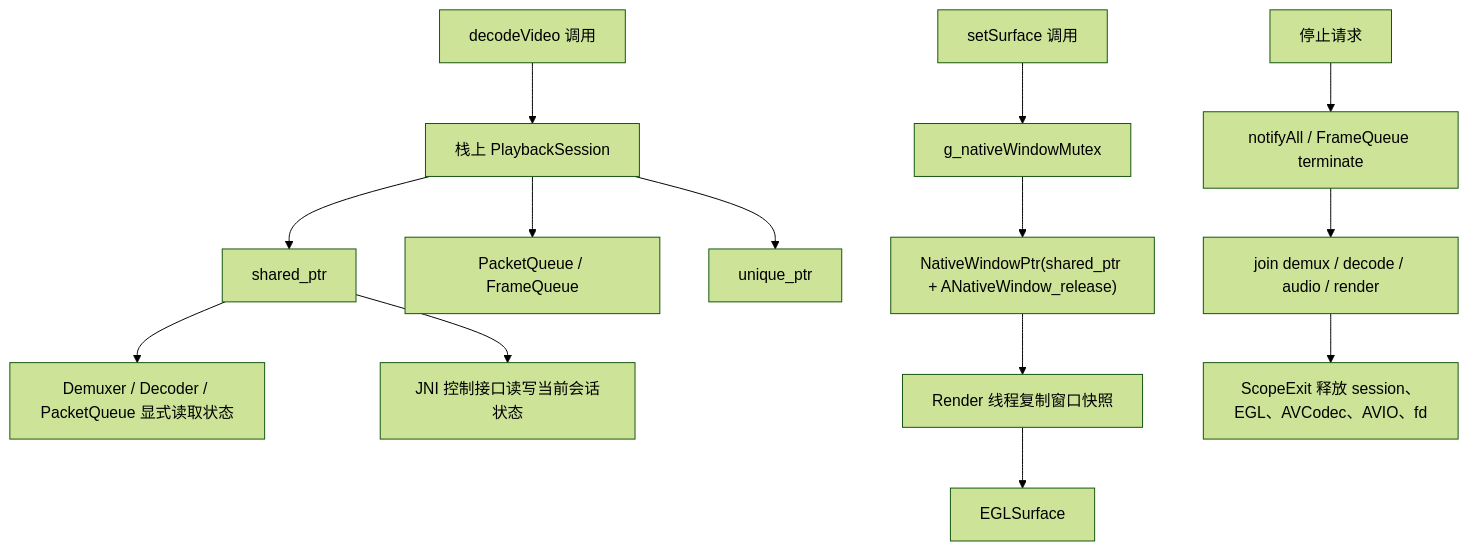
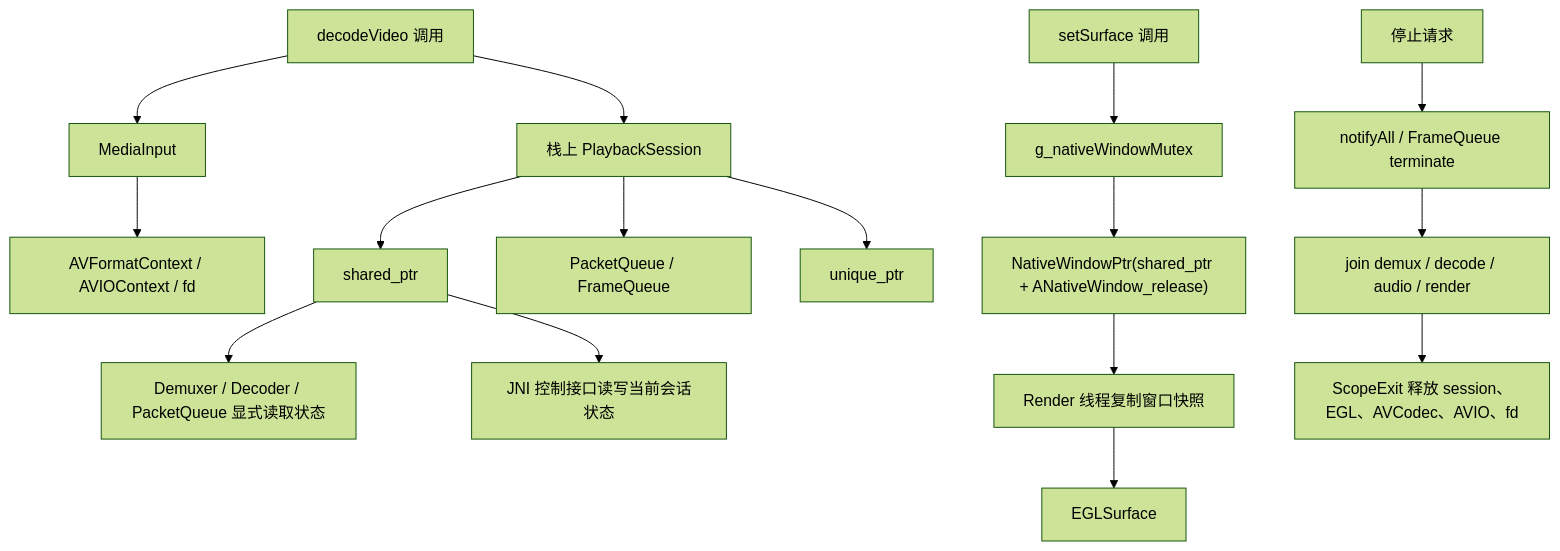
The fifth of 5 diagrams in README.md (Skyline7190/VideoDecoder), drawn with Mermaid (forest theme) before and after one commit. The commit also changed other lines of this file and 4 other files, not shown here.

Commit message:
Extract native media input handling

````diff
--- a/README.md
+++ b/README.md
@@ -202,18 +203,20 @@
 ```mermaid
 flowchart TB
     DecodeCall["decodeVideo 调用"] --> LocalSession["栈上 PlaybackSession"]
+    DecodeCall --> Input["MediaInput"]
+    Input --> InputResource["AVFormatContext / AVIOContext / fd"]
     LocalSession --> State["shared_ptr<PlaybackState>"]
     LocalSession --> Queues["PacketQueue / FrameQueue"]
     LocalSession --> AudioPtr["unique_ptr<AudioRenderer>"]
     State --> DemuxerState["Demuxer / Decoder / PacketQueue 显式读取状态"]
     State --> JniState["JNI 控制接口读写当前会话状态"]
 
     SurfaceCall["setSurface 调用"] --> WindowLock["g_nativeWindowMutex"]
     WindowLock --> SharedWindow["NativeWindowPtr(shared_ptr + ANativeWindow_release)"]
     SharedWindow --> RenderSnapshot["Render 线程复制窗口快照"]
     RenderSnapshot --> EGLSurface["EGLSurface"]
 
     Stop["停止请求"] --> Wake["notifyAll / FrameQueue terminate"]
     Wake --> Join["join demux / decode / audio / render"]
     Join --> Cleanup["ScopeExit 释放 session、EGL、AVCodec、AVIO、fd"]
 ```
````
